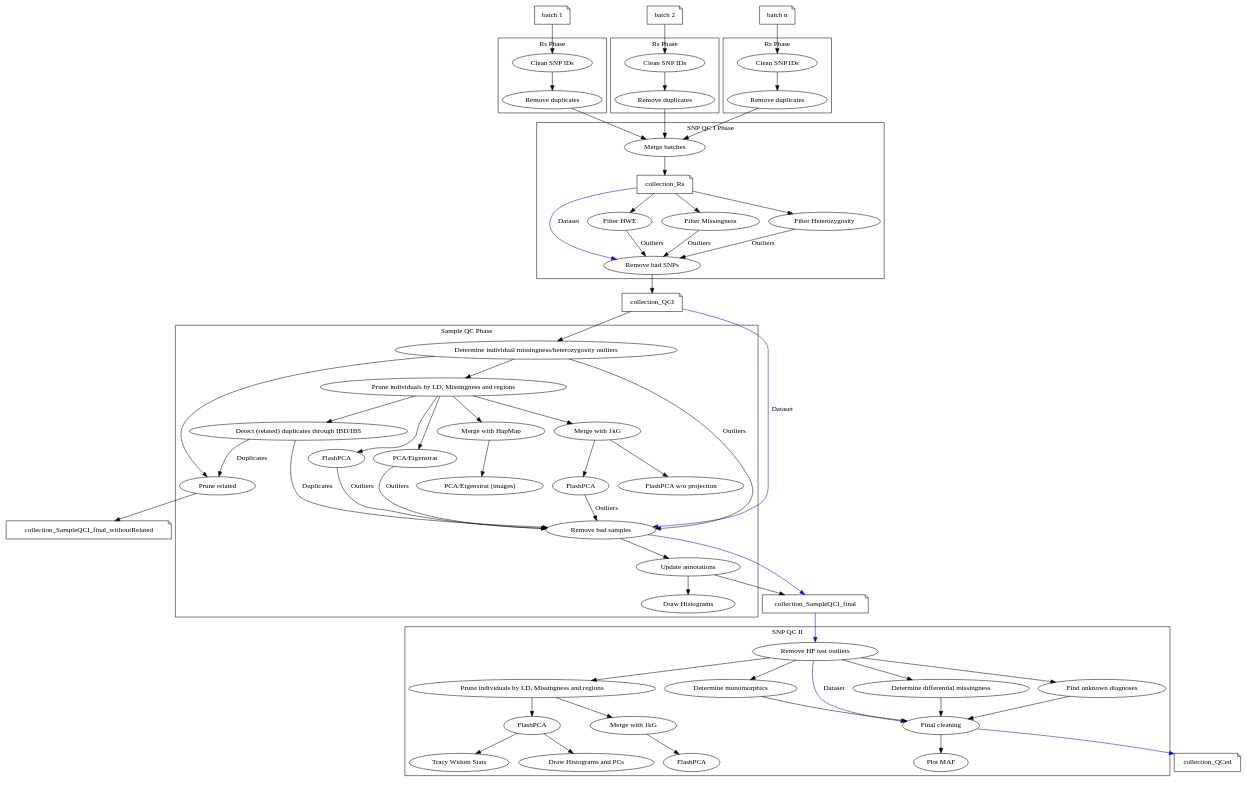
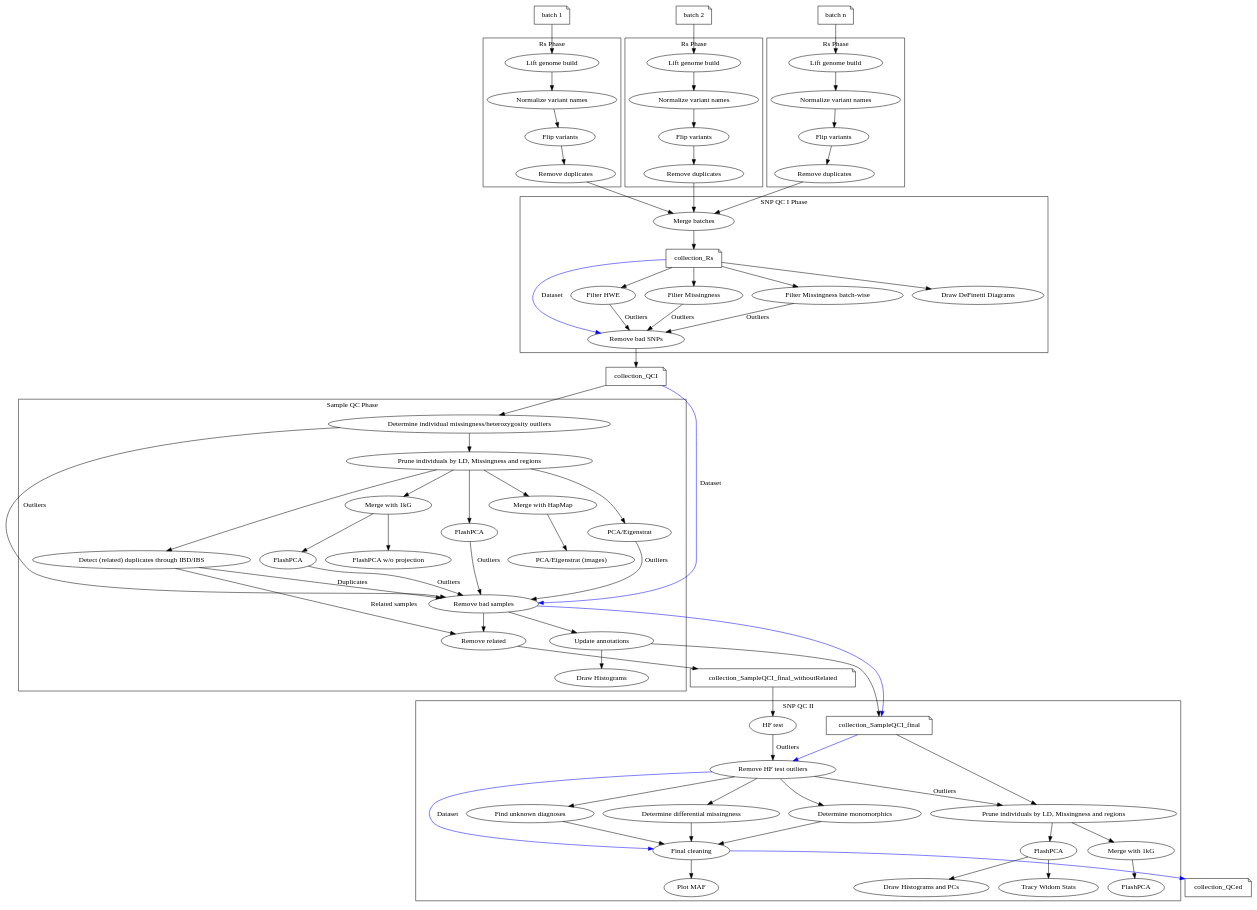
The diagram in qc-graph.dot (ikmb/gwas-qc), drawn with Graphviz before and after one commit. The commit also changed 3 other files, not shown here.

```diff
--- a/qc-graph.dot
+++ b/qc-graph.dot
@@ -1,148 +1,160 @@
 digraph {
   {
     # dataset names
     node [shape=note]
     batch1 [label="batch 1"]
     batch2 [label="batch 2"]
     batchn [label="batch n"]
 
     after_QCI_merge [label="collection_Rs"];
     after_QCI [label="collection_QCI"];
 
     SampleQC_final [label="collection_SampleQCI_final"];
     SampleQC_final_wr [label="collection_SampleQCI_final_withoutRelated"];
 
     final [label="collection_QCed"];
     
   }
 
   {
     # process names
-    rs_clean_namesa [label="Clean SNP IDs"]
+    rs_clean_namesa [label="Lift genome build"]
+    rs_norm_variantsa [label="Normalize variant names"]
+    rs_flipa [label="Flip variants"]
     rs_duplicatesa [label="Remove duplicates"]
-    rs_clean_namesb [label="Clean SNP IDs"]
+    
+    rs_clean_namesb [label="Lift genome build"]
+    rs_norm_variantsb [label="Normalize variant names"]
+    rs_flipb [label="Flip variants"]
     rs_duplicatesb [label="Remove duplicates"]
-    rs_clean_namesc [label="Clean SNP IDs"]
+    
+    rs_clean_namesc [label="Lift genome build"]
+    rs_norm_variantsc [label="Normalize variant names"]
+    rs_flipc [label="Flip variants"]
     rs_duplicatesc [label="Remove duplicates"]
   }
 
 
   subgraph cluster_1 {
-    rs_clean_namesa -> rs_duplicatesa;
+    rs_clean_namesa -> rs_norm_variantsa -> rs_flipa -> rs_duplicatesa;
     label="Rs Phase";
   }
 
   subgraph cluster_2 {
-    rs_clean_namesb -> rs_duplicatesb;
+    rs_clean_namesb -> rs_norm_variantsb -> rs_flipb -> rs_duplicatesb;
     label="Rs Phase";
   }
 
   subgraph cluster_3 {
-    rs_clean_namesc -> rs_duplicatesc;
+    rs_clean_namesc -> rs_norm_variantsc -> rs_flipc -> rs_duplicatesc;
     label="Rs Phase";
   }
 
   batch1 -> rs_clean_namesa;
   rs_duplicatesa -> "Merge batches";
 
   batch2 -> rs_clean_namesb;
   rs_duplicatesb  -> "Merge batches";
 
   batchn -> rs_clean_namesc;
   rs_duplicatesc  -> "Merge batches";
 
 
   subgraph cluster_snpqci {
     color=black;
     node [style=filled,color=white];
     label="SNP QC I Phase";
 
     node [style=ellipse,color=black];
 
     snpqci_remove[label="Remove bad SNPs"];
 
     "Merge batches" -> after_QCI_merge;
-    after_QCI_merge -> {"Filter HWE" "Filter Missingness" "Filter Heterozygosity"};
+    after_QCI_merge -> {"Filter HWE" "Filter Missingness" "Filter Missingness batch-wise" "Draw DeFinetti Diagrams"};
 
     "Filter HWE" -> snpqci_remove [label="Outliers"];
     "Filter Missingness" -> snpqci_remove [label="Outliers"];
-    "Filter Heterozygosity" -> snpqci_remove [label="Outliers"];
+    "Filter Missingness batch-wise" -> snpqci_remove [label="Outliers"];
     after_QCI_merge -> snpqci_remove [color=blue,label="Dataset"];
 
   }
 
   subgraph cluster_sampleqci {
     label="Sample QC Phase";
 
     sampleqci_miss_het [label="Determine individual missingness/heterozygosity outliers"];
 
     sampleqci_miss_het -> prune;
 
     prune [label="Prune individuals by LD, Missingness and regions"];
     pca_eigen1 [label="PCA/Eigenstrat (images)"];
     pca_eigen2 [label="PCA/Eigenstrat"];
     sampleqc_remove_bad [label="Remove bad samples"];
     pca_flash1 [label="FlashPCA"];
 
     prune -> "Detect (related) duplicates through IBD/IBS";
     "Detect (related) duplicates through IBD/IBS" -> sampleqc_remove_bad [label="Duplicates"];
 
     prune -> "Merge with HapMap" -> pca_eigen1;
     prune -> "Merge with 1kG" -> pca_flash1;
     pca_flash1 -> sampleqc_remove_bad [label="Outliers"];
 
     prune -> pca_eigen2;
     pca_eigen2 -> sampleqc_remove_bad [label="Outliers"];
     prune -> FlashPCA;
     FlashPCA -> sampleqc_remove_bad [label="Outliers"];
     sampleqci_miss_het -> sampleqc_remove_bad [label="Outliers"];
 
     sampleqc_remove_bad -> "Update annotations" -> "Draw Histograms";
 
     "Merge with 1kG" -> "FlashPCA w/o projection";
 
-    "Detect (related) duplicates through IBD/IBS" -> "Prune related" [label="Duplicates"];
-    sampleqci_miss_het -> "Prune related";
+    sampleqc_remove_bad -> "Remove related";
+    
+    "Detect (related) duplicates through IBD/IBS" -> "Remove related" [label="Related samples"];
+    
   }
 
   snpqci_remove -> after_QCI;
   after_QCI-> sampleqci_miss_het;
   after_QCI -> sampleqc_remove_bad [color=blue, label="Dataset"];
 
   "Update annotations" -> SampleQC_final;
   
-  "Prune related" -> SampleQC_final_wr;
+  "Remove related" -> SampleQC_final_wr;
+  SampleQC_final_wr -> "HF test";
+  
   sampleqc_remove_bad -> SampleQC_final [color=blue];
 
 
   subgraph cluster_snpqcii {
     label="SNP QC II";
-    "Remove HF test outliers";
+    "HF test";
     qc2_prune [label="Prune individuals by LD, Missingness and regions"];
     qc2_flashpca_prune [label="FlashPCA"];
     qc2_tracy_widom [label="Tracy Widom Stats"];
     qc2_merge_1kg [label="Merge with 1kG"];
     qc2_1kg_flashpca [label="FlashPCA"];
 
-
-    "Remove HF test outliers" -> qc2_prune;
+    SampleQC_final -> qc2_prune;
+    "HF test" -> "Remove HF test outliers" -> qc2_prune [label="Outliers"];
     qc2_prune -> qc2_flashpca_prune -> "Draw Histograms and PCs";
     qc2_prune -> qc2_merge_1kg -> qc2_1kg_flashpca;
 
     qc2_flashpca_prune -> qc2_tracy_widom;
 
     "Remove HF test outliers" -> "Determine monomorphics" -> "Final cleaning";
     "Remove HF test outliers" -> "Determine differential missingness" -> "Final cleaning";
     "Remove HF test outliers" -> "Find unknown diagnoses" -> "Final cleaning";
 
     "Remove HF test outliers" -> "Final cleaning" [color="blue", label="Dataset"];
     "Final cleaning" -> "Plot MAF";
     
   }
 
   SampleQC_final -> "Remove HF test outliers" [color=blue];
 
   "Final cleaning" -> final [color="blue"];
   
   
 }
```
